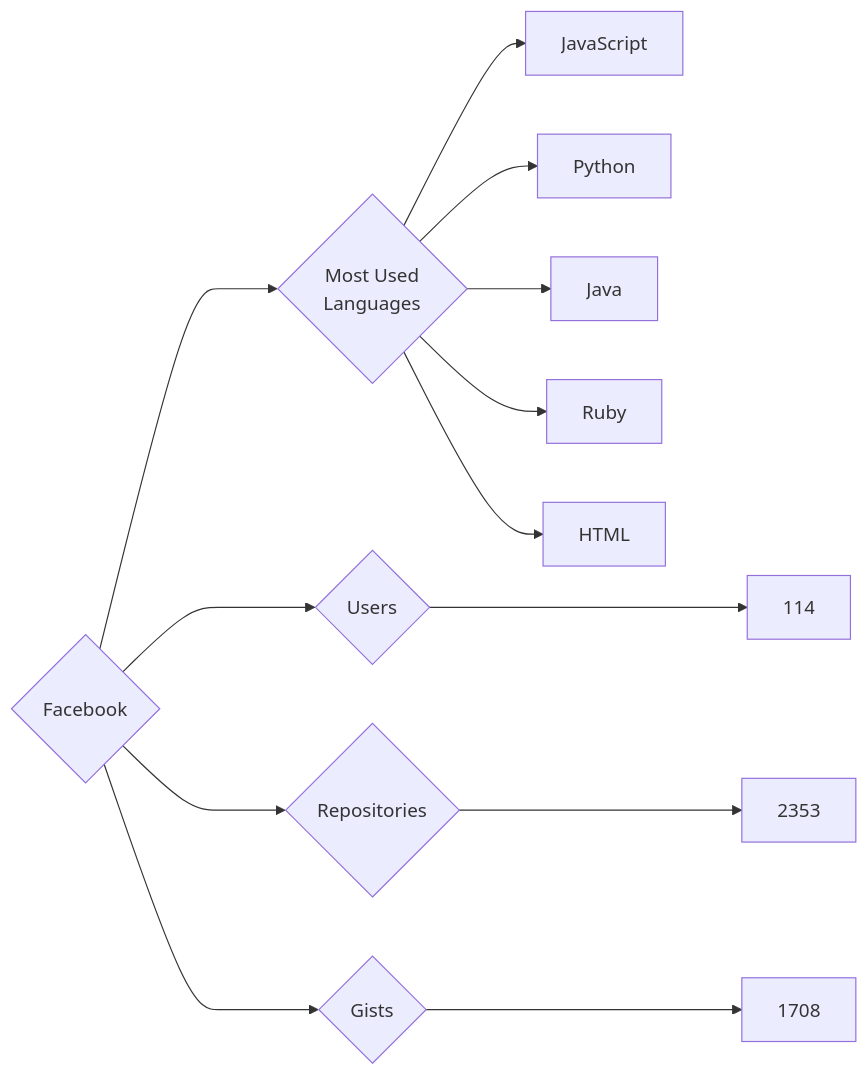
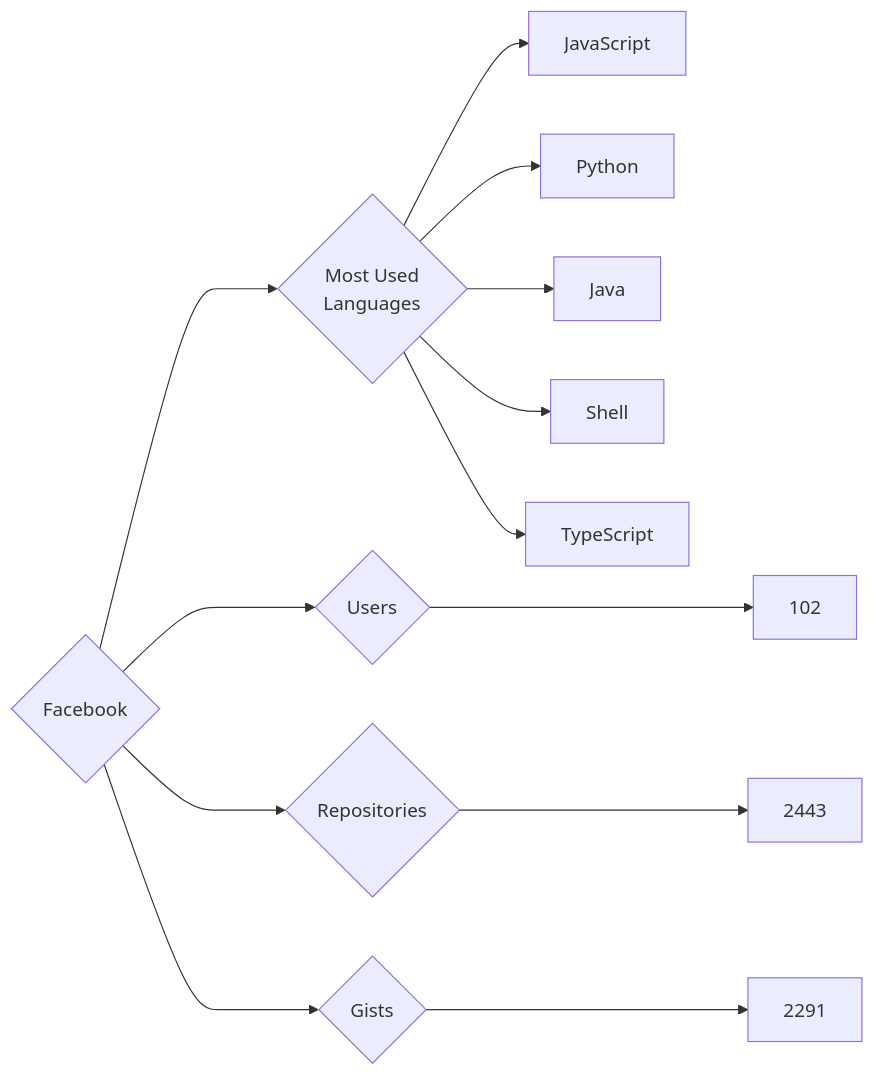
Before and after one commit to trickest/insiders: the diagram in targets/Facebook/README.md, drawn with Mermaid. The commit also changed 838 other files, not shown here.

````diff
--- a/targets/Facebook/README.md
+++ b/targets/Facebook/README.md
@@ -3,13 +3,13 @@
 ```mermaid
 graph LR
 COMPANY_NAME{Facebook}
-COMPANY_NAME ---> U{Users} ---> UN[114]
-COMPANY_NAME ---> R{Repositories} ---> RN[2353]
-COMPANY_NAME ---> G{Gists} ---> GN[1708]
+COMPANY_NAME ---> U{Users} ---> UN[102]
+COMPANY_NAME ---> R{Repositories} ---> RN[2443]
+COMPANY_NAME ---> G{Gists} ---> GN[2291]
 COMPANY_NAME ---> ML{Most Used<br>Languages}
 ML --> JavaScript[JavaScript]
 ML --> Python[Python]
 ML --> Java[Java]
-ML --> Ruby[Ruby]
-ML --> HTML[HTML]
+ML --> Shell[Shell]
+ML --> TypeScript[TypeScript]
 ```
````
